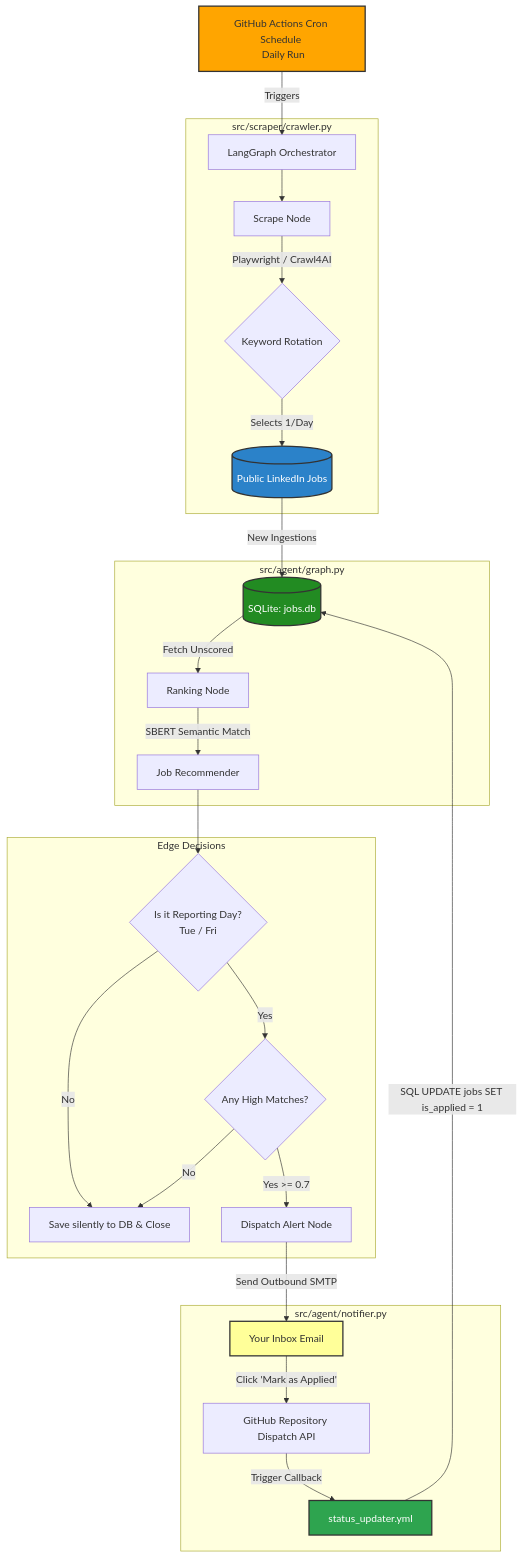
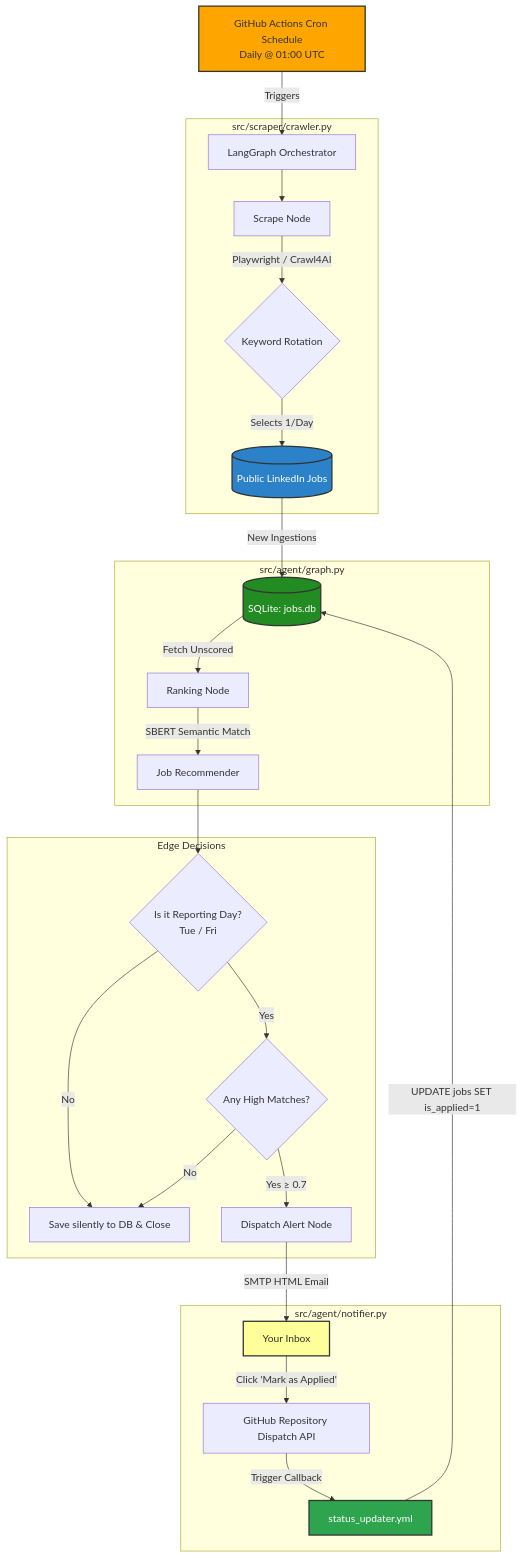
The diagram in autonomous_job_finder/README.md (trunnguyen/Personal-Project), drawn with Mermaid before and after one commit. The commit also changed other lines of this file, not shown here.

````diff
--- a/autonomous_job_finder/README.md
+++ b/autonomous_job_finder/README.md
@@ -5,39 +11,37 @@
 ```mermaid
 graph TD
-    %% Define System Nodes
-    Cron[GitHub Actions Cron Schedule <br> Daily Run] -->|Triggers| Graph[LangGraph Orchestrator]
-    
-    subgraph Data Ingestion Node [src/scraper/crawler.py]
+    Cron[GitHub Actions Cron Schedule<br>Daily @ 01:00 UTC] -->|Triggers| Graph[LangGraph Orchestrator]
+
+    subgraph Data Ingestion [src/scraper/crawler.py]
         Graph --> Scrape[Scrape Node]
         Scrape -->|Playwright / Crawl4AI| Keyword{Keyword Rotation}
         Keyword -->|Selects 1/Day| LinkedIn[(Public LinkedIn Jobs)]
     end
 
-    subgraph Evaluation Node [src/agent/graph.py]
+    subgraph Evaluation [src/agent/graph.py]
         LinkedIn -->|New Ingestions| DB[(SQLite: jobs.db)]
         DB -->|Fetch Unscored| Rank[Ranking Node]
         Rank -->|SBERT Semantic Match| Rec[Job Recommender]
     end
 
-    subgraph Conditional Routing Node [Edge Decisions]
+    subgraph Conditional Routing [Edge Decisions]
         Rec --> Decision{Is it Reporting Day?<br>Tue / Fri}
         Decision -->|No| Finish[Save silently to DB & Close]
         Decision -->|Yes| CheckMatches{Any High Matches?}
         CheckMatches -->|No| Finish
-        CheckMatches -->|Yes >= 0.7| Alert[Dispatch Alert Node]
+        CheckMatches -->|Yes ≥ 0.7| Alert[Dispatch Alert Node]
     end
 
     subgraph Notification & Action Loop [src/agent/notifier.py]
-        Alert -->|Send Outbound SMTP| Email[Your Inbox Email]
+        Alert -->|SMTP HTML Email| Email[Your Inbox]
         Email -->|Click 'Mark as Applied'| Dispatch[GitHub Repository Dispatch API]
         Dispatch -->|Trigger Callback| Action[status_updater.yml]
-        Action -->|SQL UPDATE jobs SET is_applied = 1| DB
+        Action -->|UPDATE jobs SET is_applied=1| DB
     end
 
-    %% Styles and Themes
     style Cron fill:#FFA500,stroke:#333,stroke-width:2px
     style DB fill:#228B22,stroke:#333,stroke-width:2px,color:#fff
     style LinkedIn fill:#2b82c9,stroke:#333,stroke-width:2px,color:#fff
     style Email fill:#ff9,stroke:#333,stroke-width:2px
     style Action fill:#2ea44f,stroke:#333,stroke-width:2px,color:#fff
 ```
````
